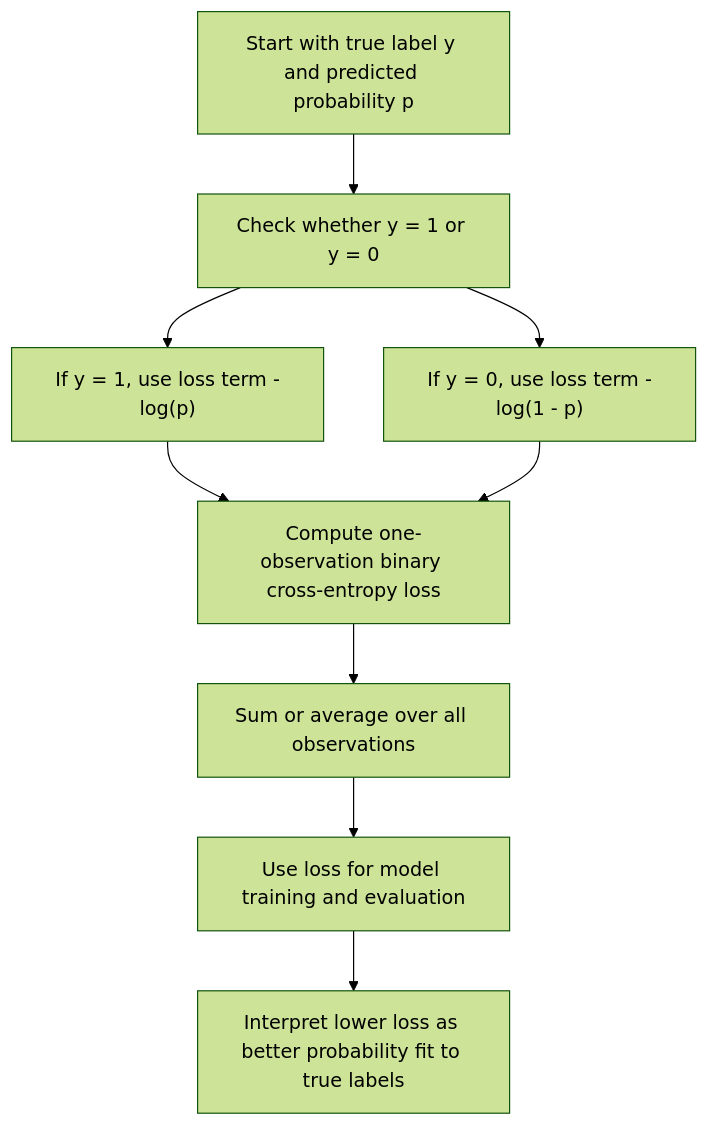
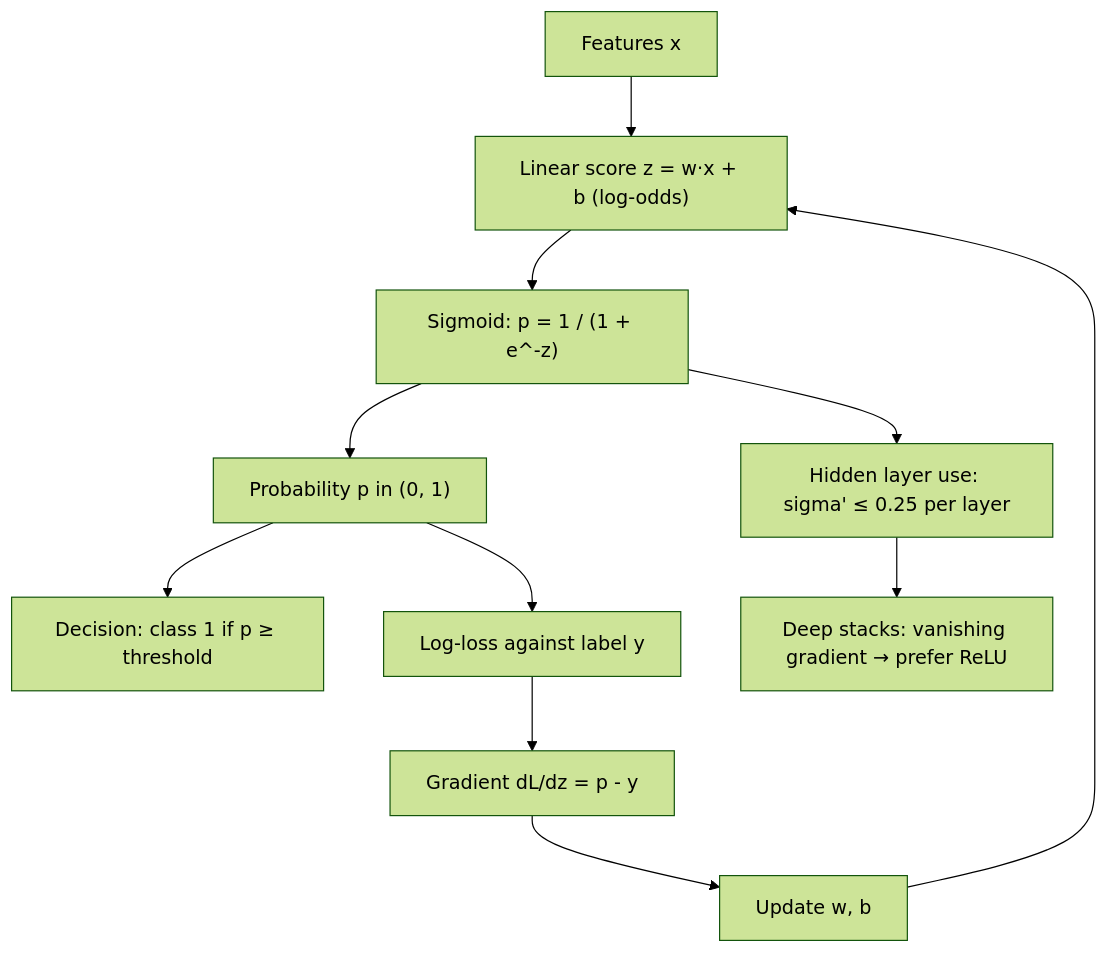
The diagram in vault/Notes/en/06_ml_math/machine_learning_algorithms/logistic_regression_and_neural_networks/logistic_sigmoid_transferactivation_function.md (RafaelBraga-Kribitz/braga-portfolio-v2), drawn with Mermaid (forest theme) before and after one commit. The commit also changed other lines of this file and 25 other files, not shown here.

First line of the commit message:
Notes: one page per level, codes by position, pagination; six notes rewritten; gates sample the library

````diff
--- a/vault/Notes/en/06_ml_math/machine_learning_algorithms/logistic_regression_and_neural_networks/logistic_sigmoid_transferactivation_function.md
+++ b/vault/Notes/en/06_ml_math/machine_learning_algorithms/logistic_regression_and_neural_networks/logistic_sigmoid_transferactivation_function.md
@@ -63,11 +23,13 @@
 ```mermaid
 flowchart TD
-    A["Start with true label y and predicted probability p"] --> B["Check whether y = 1 or y = 0"]
-    B --> C["If y = 1, use loss term -log(p)"]
-    B --> D["If y = 0, use loss term -log(1 - p)"]
-    C --> E["Compute one-observation binary cross-entropy loss"]
-    D --> E["Compute one-observation binary cross-entropy loss"]
-    E --> F["Sum or average over all observations"]
-    F --> G["Use loss for model training and evaluation"]
-    G --> H["Interpret lower loss as better probability fit to true labels"]
+    A["Features x"] --> B["Linear score z = w·x + b (log-odds)"]
+    B --> C["Sigmoid: p = 1 / (1 + e^-z)"]
+    C --> D["Probability p in (0, 1)"]
+    D --> E["Decision: class 1 if p ≥ threshold"]
+    D --> F["Log-loss against label y"]
+    F --> G["Gradient dL/dz = p - y"]
+    G --> H["Update w, b"]
+    H --> B
+    C --> I["Hidden layer use: sigma' ≤ 0.25 per layer"]
+    I --> J["Deep stacks: vanishing gradient → prefer ReLU"]
 ```
````
